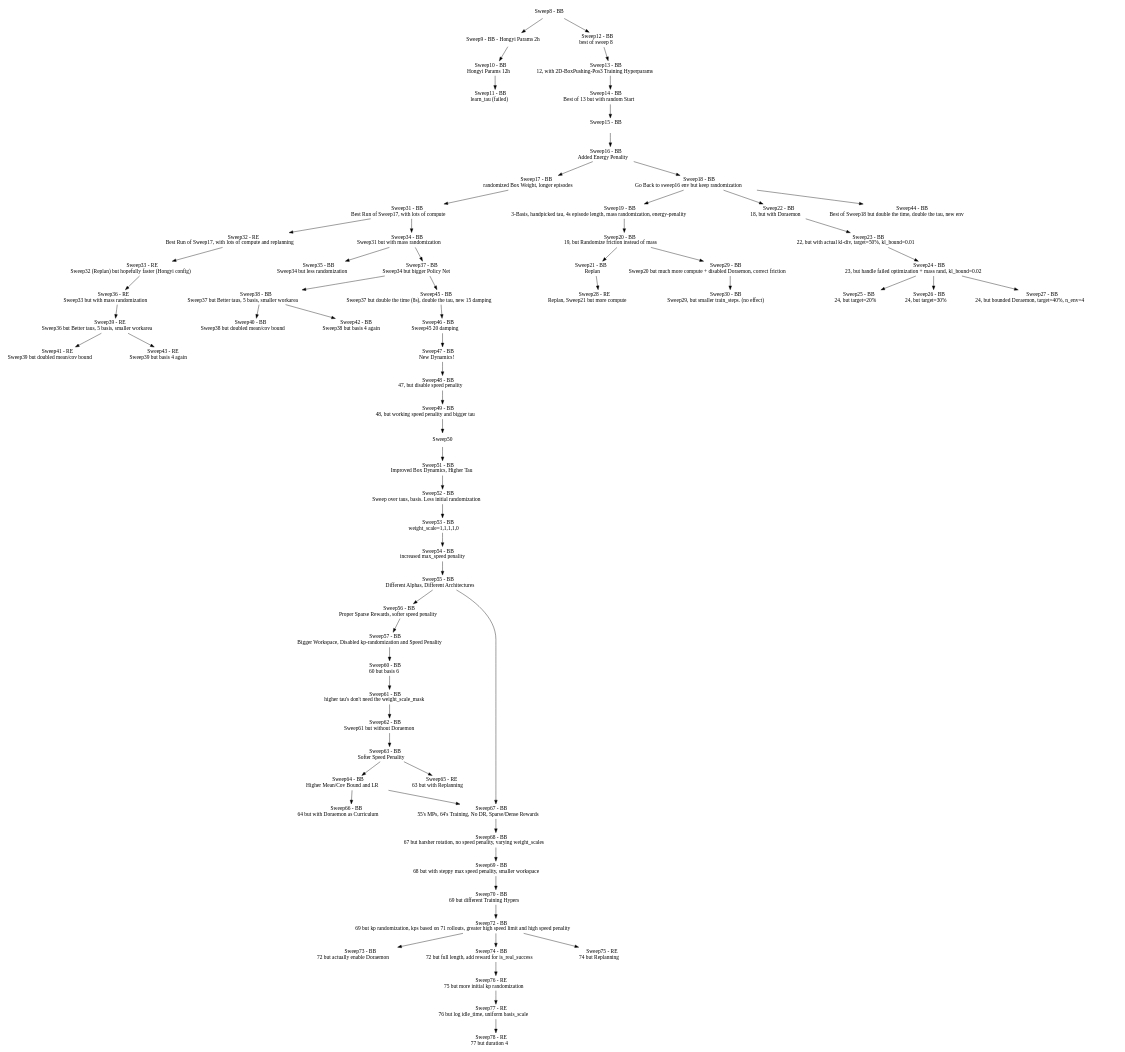
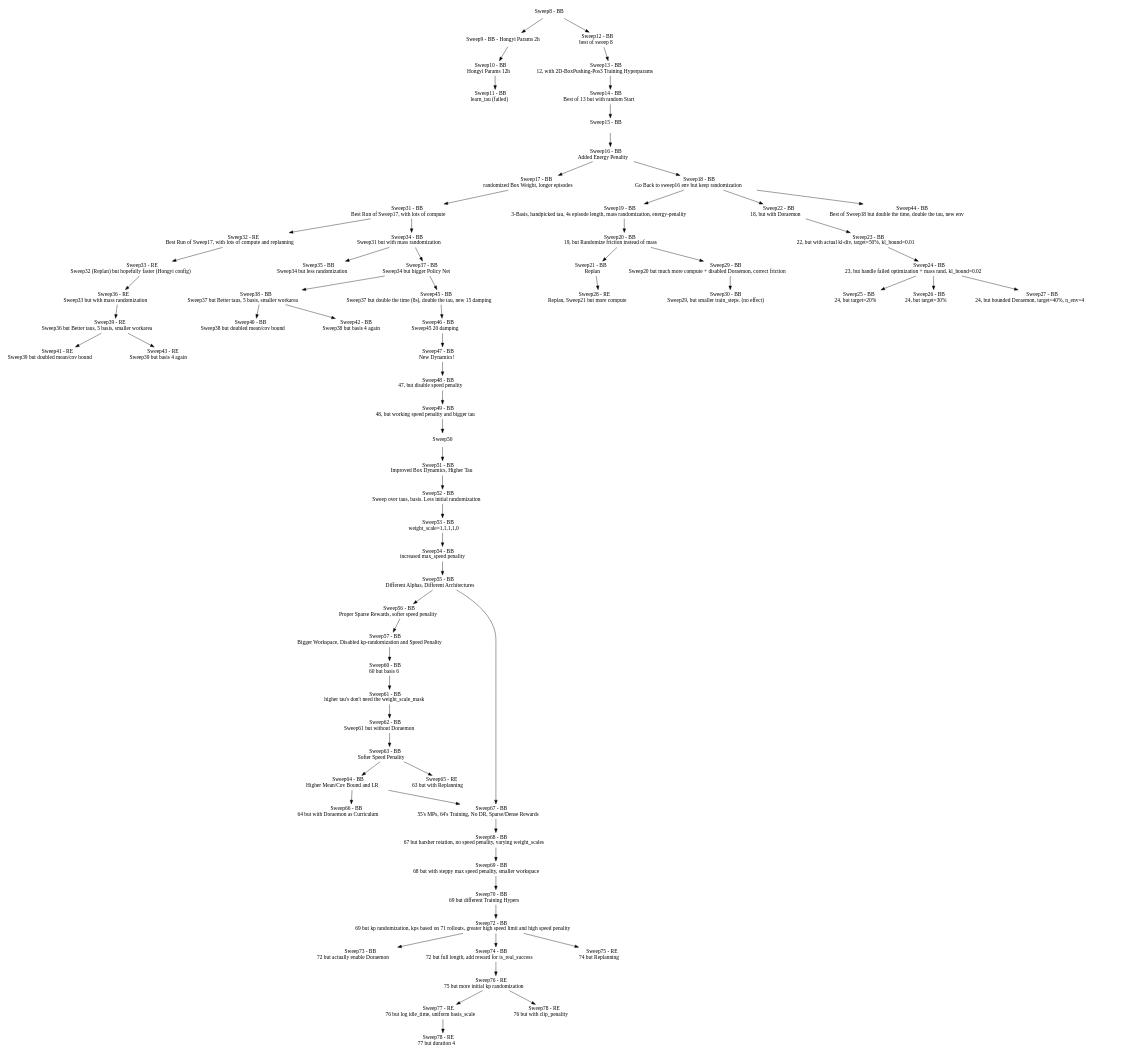
Before and after one commit to maxmunzel/fancy_gym: the diagram in sweeps.dot, drawn with Graphviz. The commit also changed 2 other files, not shown here.

Commit message:
Sweep79 -- 76 but with clip penality

```diff
--- a/sweeps.dot
+++ b/sweeps.dot
@@ -1,141 +1,143 @@
 digraph Sweeps {
     // Nodes
     node [shape=plaintext]
     "Sweep8"  [label=<Sweep8 - BB>];
     "Sweep9"  [label=<Sweep9 - BB - Hongyi Params 2h>];
     "Sweep10" [label=<Sweep10 - BB <BR/> Hongyi Params 12h>];
     "Sweep11" [label=<Sweep11 - BB <BR/> learn_tau (failed)>];
     "Sweep12" [label=<Sweep12 - BB <BR/> best of sweep 8>];
     "Sweep13" [label=<Sweep13 - BB <BR/> 12, with 2D-BoxPushing-Pos3 Training Hyperparams>];
     "Sweep14" [label=<Sweep14 - BB <BR/> Best of 13 but with random Start>];
     "Sweep15" [label=<Sweep15 - BB <BR/> >];
     "Sweep16" [label=<Sweep16 - BB <BR/> Added Energy Penality>];
     "Sweep17" [label=<Sweep17 - BB <BR/> randomized Box Weight, longer episodes>];
     "Sweep18" [label=<Sweep18 - BB <BR/> Go Back to sweep16 env but keep randomization>];
     "Sweep19" [label=<Sweep19 - BB <BR/> 3-Basis, handpicked tau, 4s episode length, mass randomization, energy-penality>];
     "Sweep20" [label=<Sweep20 - BB <BR/> 19, but Randomize friction instead of mass>];
     "Sweep21" [label=<Sweep21 - BB <BR/> Replan>];
     "Sweep22" [label=<Sweep22 - BB <BR/> 18, but with Doraemon>];
     "Sweep23" [label=<Sweep23 - BB <BR/> 22, but with actual kl-div, target=50%, kl_bound=0.01>];
     "Sweep24" [label=<Sweep24 - BB <BR/> 23, but handle failed optimization + mass rand, kl_bound=0.02>];
     "Sweep25" [label=<Sweep25 - BB <BR/> 24, but target=20%>];
     "Sweep26" [label=<Sweep26 - BB <BR/> 24, but target=30%>];
     "Sweep27" [label=<Sweep27 - BB <BR/> 24, but bounded Doraemon, target=40%, n_env=4>];
     "Sweep28" [label=<Sweep28 - RE <BR/> Replan, Sweep21 but more compute>];
     "Sweep29" [label=<Sweep29 - BB <BR/> Sweep20 but much more compute + disabled Doraemon, correct friction>];
     "Sweep30" [label=<Sweep30 - BB <BR/> Sweep29, but smaller train_steps. (no effect)>];
     "Sweep31" [label=<Sweep31 - BB <BR/> Best Run of Sweep17, with lots of compute>];
     "Sweep32" [label=<Sweep32 - RE <BR/> Best Run of Sweep17, with lots of compute and replanning>];
     "Sweep33" [label=<Sweep33 - RE <BR/> Sweep32 (Replan) but hopefully faster (Hongyi config)>];
     "Sweep34" [label=<Sweep34 - BB <BR/> Sweep31 but with mass randomization>];
     "Sweep35" [label=<Sweep35 - BB <BR/> Sweep34 but less randomization>];
     "Sweep36" [label=<Sweep36 - RE <BR/> Sweep33 but with mass randomization>];
     "Sweep37" [label=<Sweep37 - BB <BR/> Sweep34 but bigger Policy Net>];
     "Sweep38" [label=<Sweep38 - BB <BR/> Sweep37 but Better taus, 5 basis, smaller workarea>];
     "Sweep39" [label=<Sweep39 - RE <BR/> Sweep36 but Better taus, 5 basis, smaller workarea>];
     "Sweep40" [label=<Sweep40 - BB <BR/> Sweep38 but doubled mean/cov bound>];
     "Sweep41" [label=<Sweep41 - RE <BR/> Sweep39 but doubled mean/cov bound>];
     "Sweep42" [label=<Sweep42 - BB <BR/> Sweep38 but basis 4 again>];
     "Sweep43" [label=<Sweep43 - RE <BR/> Sweep39 but basis 4 again>];
     "Sweep44" [label=<Sweep44 - BB <BR/> Best of Sweep18 but double the time, double the tau, new env>];
     "Sweep45" [label=<Sweep45 - BB <BR/> Sweep37 but double the time (8s), double the tau, new 15 damping>];
     "Sweep46" [label=<Sweep46 - BB <BR/> Sweep45 20 damping>];
     "Sweep47" [label=<Sweep47 - BB <BR/> New Dynamics! >];
     "Sweep48" [label=<Sweep48 - BB <BR/> 47, but disable speed penality  >];
     "Sweep49" [label=<Sweep49 - BB <BR/> 48, but working speed penality and bigger tau  >];
     "Sweep51" [label=<Sweep51 - BB <BR/> Improved Box Dynamics, Higher Tau>];
     "Sweep52" [label=<Sweep52 - BB <BR/> Sweep over taus, basis. Less initial randomization>];
     "Sweep53" [label=<Sweep53 - BB <BR/> weight_scale=1,1,1,1,0 >];
     "Sweep54" [label=<Sweep54 - BB <BR/> increased max_speed penality>];
     "Sweep55" [label=<Sweep55 - BB <BR/> Different Alphas, Different Architectures>];
     "Sweep56" [label=<Sweep56 - BB <BR/> Proper Sparse Rewards, softer speed penality>];
     "Sweep57" [label=<Sweep57 - BB <BR/> Bigger Workspace, Disabled kp-randomization and Speed Penality>];
     "Sweep60" [label=<Sweep60 - BB <BR/> 60 but basis 6>];
     "Sweep61" [label=<Sweep61 - BB <BR/> higher tau's don't need the weight_scale_mask>];
     "Sweep62" [label=<Sweep62 - BB <BR/> Sweep61 but without Doraemon>];
     "Sweep63" [label=<Sweep63 - BB <BR/> Softer Speed Penality >];
     "Sweep64" [label=<Sweep64 - BB <BR/> Higher Mean/Cov Bound and LR >];
     "Sweep65" [label=<Sweep65 - RE <BR/> 63 but with Replanning >];
     "Sweep66" [label=<Sweep66 - BB <BR/> 64 but with Doraemon as Curriculum >];
     "Sweep67" [label=<Sweep67 - BB <BR/> 55's MPs, 64's Training, No DR, Sparse/Dense Rewards >];
     "Sweep68" [label=<Sweep68 - BB <BR/> 67 but harsher rotation, no speed penality, varying weight_scales >];
     "Sweep69" [label=<Sweep69 - BB <BR/> 68 but with steppy max speed penality, smaller workspace >];
     "Sweep70" [label=<Sweep70 - BB <BR/> 69 but different Training Hypers >];
     "Sweep72" [label=<Sweep72 - BB <BR/> 69 but kp randomization, kps based on 71 rollouts, greater high speed limit and high speed penality >];
     "Sweep73" [label=<Sweep73 - BB <BR/> 72 but actually enable Doraemon >];
     "Sweep74" [label=<Sweep74 - BB <BR/> 72 but full length, add reward for is_real_success >];
     "Sweep75" [label=<Sweep75 - RE <BR/> 74 but Replanning >];
     "Sweep76" [label=<Sweep76 - RE <BR/> 75 but more initial kp randomization>];
     "Sweep77" [label=<Sweep77 - RE <BR/> 76 but log idle_time, uniform basis_scale>];
     "Sweep78" [label=<Sweep78 - RE <BR/> 77 but duration 4>];
+    "Sweep79" [label=<Sweep78 - RE <BR/> 76 but with clip_penality>];
 
     // Edges
     "Sweep8" -> "Sweep9"
     "Sweep9" -> "Sweep10"
     "Sweep10" -> "Sweep11"
     "Sweep8" -> "Sweep12"
     "Sweep12" -> "Sweep13"
     "Sweep13" -> "Sweep14"
     "Sweep16" -> "Sweep18"
     "Sweep18" -> "Sweep19"
     "Sweep19" -> "Sweep20"
     "Sweep21" -> "Sweep28"
     "Sweep20" -> "Sweep29"
     "Sweep29" -> "Sweep30"
     "Sweep17" -> "Sweep31"
     "Sweep31" -> "Sweep32"
     "Sweep32" -> "Sweep33"
     "Sweep31" -> "Sweep34"
     "Sweep34" -> "Sweep35"
     "Sweep33" -> "Sweep36"
     "Sweep34" -> "Sweep37"
     "Sweep37" -> "Sweep38"
     "Sweep36" -> "Sweep39"
     "Sweep38" -> "Sweep40"
     "Sweep39" -> "Sweep41"
     "Sweep38" -> "Sweep42"
     "Sweep39" -> "Sweep43"
     "Sweep18" -> "Sweep22"
     "Sweep22" -> "Sweep23"
     "Sweep23" -> "Sweep24"
     "Sweep24" -> "Sweep25"
     "Sweep24" -> "Sweep26"
     "Sweep24" -> "Sweep27"
     "Sweep18" -> "Sweep44"
     "Sweep14" -> "Sweep15"
     "Sweep15" -> "Sweep16"
     "Sweep16" -> "Sweep17"
     "Sweep20" -> "Sweep21"
     "Sweep37" -> "Sweep45"
     "Sweep45" -> "Sweep46"
     "Sweep46" -> "Sweep47"
     "Sweep47" -> "Sweep48"
     "Sweep48" -> "Sweep49"
     "Sweep49" -> "Sweep50"
     "Sweep50" -> "Sweep51"
     "Sweep51" -> "Sweep52"
     "Sweep52" -> "Sweep53"
     "Sweep53" -> "Sweep54"
     "Sweep54" -> "Sweep55"
     "Sweep55" -> "Sweep56"
     "Sweep56" -> "Sweep57"
     "Sweep57" -> "Sweep60"
     "Sweep60" -> "Sweep61"
     "Sweep61" -> "Sweep62"
     "Sweep62" -> "Sweep63"
     "Sweep63" -> "Sweep64"
     "Sweep63" -> "Sweep65"
     "Sweep64" -> "Sweep66"
     "Sweep55" -> "Sweep67"
     "Sweep64" -> "Sweep67"
     "Sweep67" -> "Sweep68"
     "Sweep68" -> "Sweep69"
     "Sweep69" -> "Sweep70"
     "Sweep70" -> "Sweep72"
     "Sweep72" -> "Sweep73"
     "Sweep72" -> "Sweep74"
     "Sweep72" -> "Sweep75"
     "Sweep74" -> "Sweep76"
     "Sweep76" -> "Sweep77"
     "Sweep77" -> "Sweep78"
+    "Sweep76" -> "Sweep79"
 }
```
